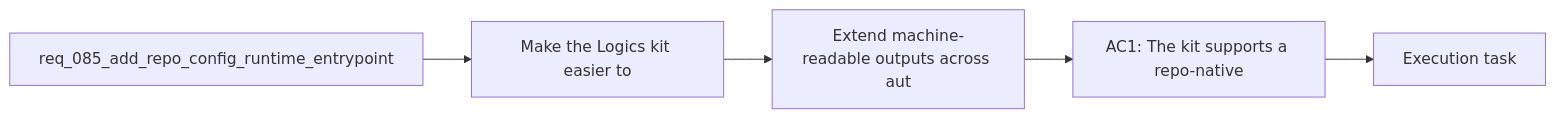
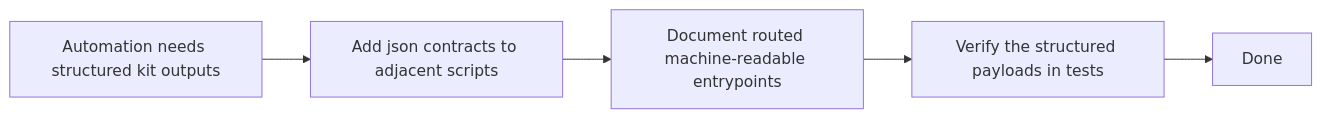
Before and after one commit to AlexAgo83/logics-manager: the diagram in logics/backlog/item_131_extend_machine_readable_outputs_across_automation_facing_kit_skills.md, drawn with Mermaid. The commit also changed other lines of this file and 7 other files, not shown here.

Commit message:
Finish req_085 runtime delivery and close task_097

````diff
--- a/logics/backlog/item_131_extend_machine_readable_outputs_across_automation_facing_kit_skills.md
+++ b/logics/backlog/item_131_extend_machine_readable_outputs_across_automation_facing_kit_skills.md
@@ -22,9 +25,9 @@
 ```mermaid
 %% logics-kind: backlog
-%% logics-signature: backlog|extend-machine-readable-outputs-across-a|req-082-strengthen-logics-kit-primitives|make-the-logics-kit-easier-to|ac1-the-kit-supports-a-repo-native
+%% logics-signature: backlog|extend-machine-readable-outputs-across-a|req-085-add-repo-config-runtime-entrypoi|the-flow-manager-already-exposed-json|ac1-the-bootstrapper-can-return-a
 flowchart LR
-    Request[req_085_add_repo_config_runtime_entrypoint] --> Problem[Make the Logics kit easier to]
-    Problem --> Scope[Extend machine-readable outputs across aut]
-    Scope --> Acceptance[AC1: The kit supports a repo-native]
-    Acceptance --> Tasks[Execution task]
+    Need[Automation needs structured kit outputs] --> JSON[Add json contracts to adjacent scripts]
+    JSON --> Docs[Document routed machine-readable entrypoints]
+    Docs --> Tests[Verify the structured payloads in tests]
+    Tests --> Done[Done]
 ```
````
